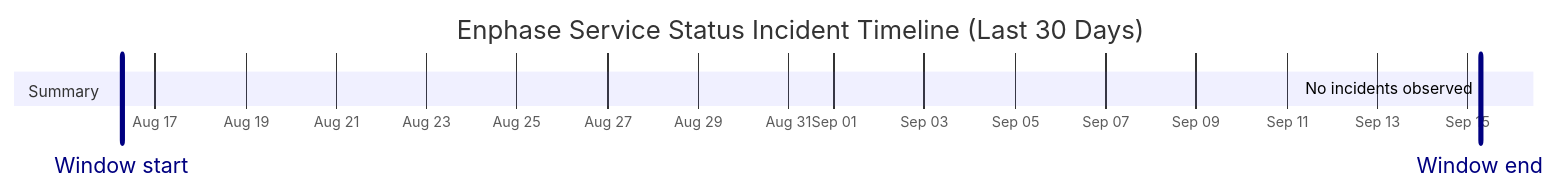
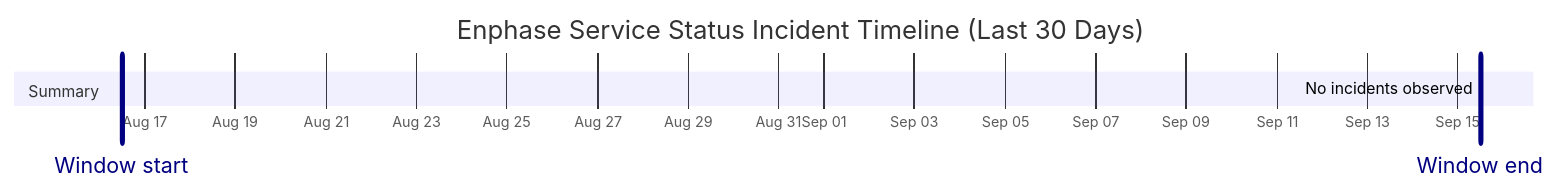
Before and after one commit to barneyonline/ha-enphase-energy: the diagram in wiki/Service-Status-History.md, drawn with Mermaid. The commit also changed other lines of this file and 3 other files, not shown here.

````diff
--- a/wiki/Service-Status-History.md
+++ b/wiki/Service-Status-History.md
@@ -14,10 +14,10 @@
 ```mermaid
 gantt
     title Enphase Service Status Incident Timeline (Last 30 Days)
     dateFormat  YYYY-MM-DDTHH:mm:ss
     axisFormat  %b %d
-    Window start :vert, window-start, 2026-08-16T06:26:19, 0ms
-    Window end :vert, window-end, 2026-09-15T06:26:19, 0ms
+    Window start :vert, window-start, 2026-08-16T11:59:00, 0ms
+    Window end :vert, window-end, 2026-09-15T11:59:00, 0ms
     section Summary
-    No incidents observed :done, 2026-09-15T06:26:19, 1m
+    No incidents observed :done, 2026-09-15T11:59:00, 1m
 ```
````
